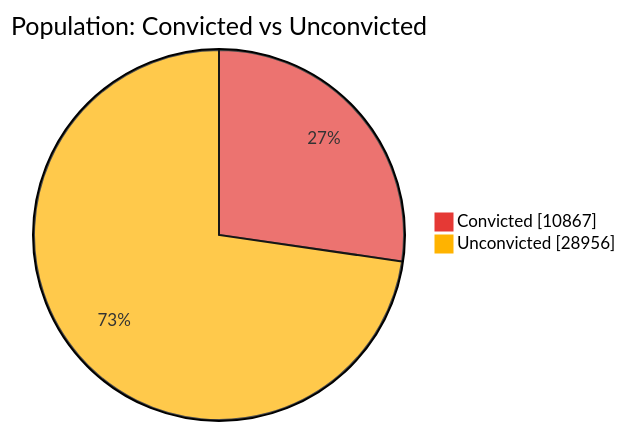
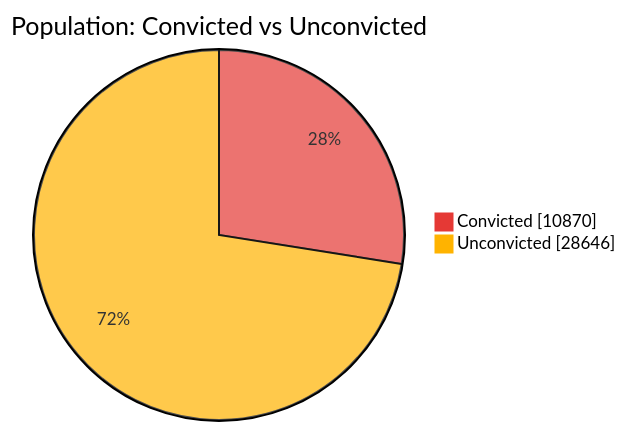
The first of 7 diagrams in README.md (nuuuwan/lk_prisons), drawn with Mermaid before and after one commit. The commit also changed other lines of this file and 1 other file, not shown here.

````diff
--- a/README.md
+++ b/README.md
@@ -43,6 +43,6 @@
 ```mermaid
 %%{init: {'themeVariables': {'pie1': '#E53935', 'pie2': '#FFB300'}}}%%
 pie showData title Population: Convicted vs Unconvicted
-    "Convicted" : 10867
-    "Unconvicted" : 28956
+    "Convicted" : 10870
+    "Unconvicted" : 28646
 ```
````
